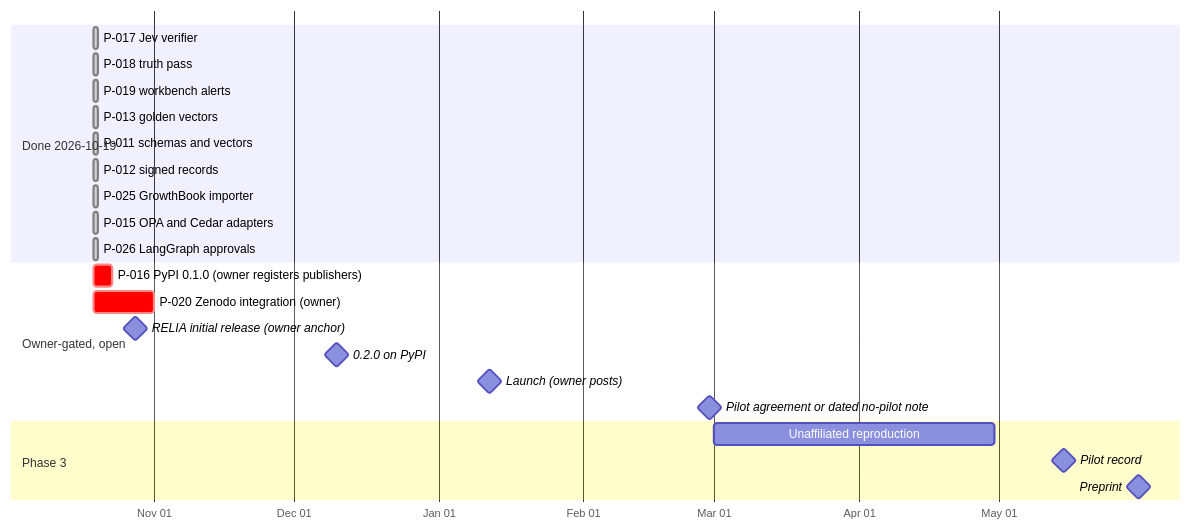
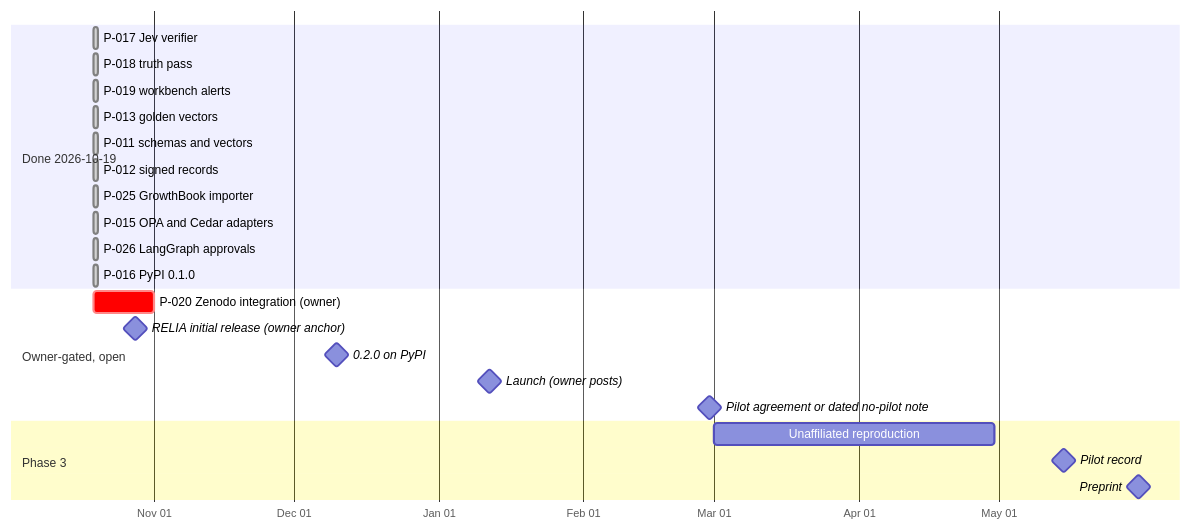
Before and after one commit to BichengWang/py-notebook: the diagram in .plan/README.md, drawn with Mermaid. The commit also changed other lines of this file and 16 other files, not shown here.

````diff
--- a/.plan/README.md
+++ b/.plan/README.md
@@ -123,26 +124,26 @@
 ```mermaid
 gantt
   dateFormat YYYY-MM-DD
   axisFormat %b %d
   section Done 2026-10-19
   P-017 Jev verifier                     :done, p017, 2026-10-19, 1d
   P-018 truth pass                       :done, p018, 2026-10-19, 1d
   P-019 workbench alerts                 :done, p019, 2026-10-19, 1d
   P-013 golden vectors                   :done, p013, 2026-10-19, 1d
   P-011 schemas and vectors              :done, p011, 2026-10-19, 1d
   P-012 signed records                   :done, p012, 2026-10-19, 1d
   P-025 GrowthBook importer              :done, p025, 2026-10-19, 1d
   P-015 OPA and Cedar adapters           :done, p015, 2026-10-19, 1d
   P-026 LangGraph approvals              :done, p026, 2026-10-19, 1d
+  P-016 PyPI 0.1.0                      :done, p016, 2026-10-19, 1d
   section Owner-gated, open
-  P-016 PyPI 0.1.0 (owner registers publishers) :crit, p016, 2026-10-19, 2026-10-23
   P-020 Zenodo integration (owner)       :crit, p020, 2026-10-19, 2026-11-01
   RELIA initial release (owner anchor)   :milestone, 2026-10-28, 0d
   0.2.0 on PyPI                          :milestone, 2026-12-10, 0d
   Launch (owner posts)                   :milestone, 2027-01-12, 0d
   Pilot agreement or dated no-pilot note :milestone, 2027-02-28, 0d
   section Phase 3
   Unaffiliated reproduction              :p029, 2027-03-01, 60d
   Pilot record                           :milestone, 2027-05-15, 0d
   Preprint                               :milestone, 2027-05-31, 0d
 ```
````
